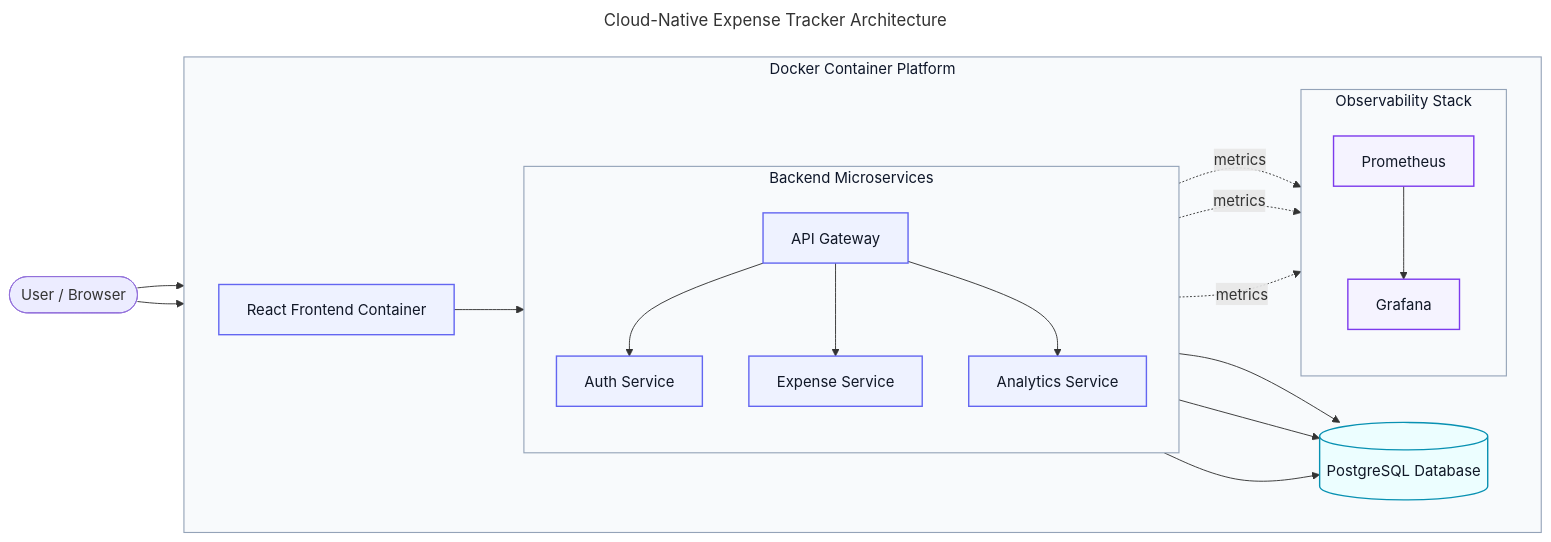
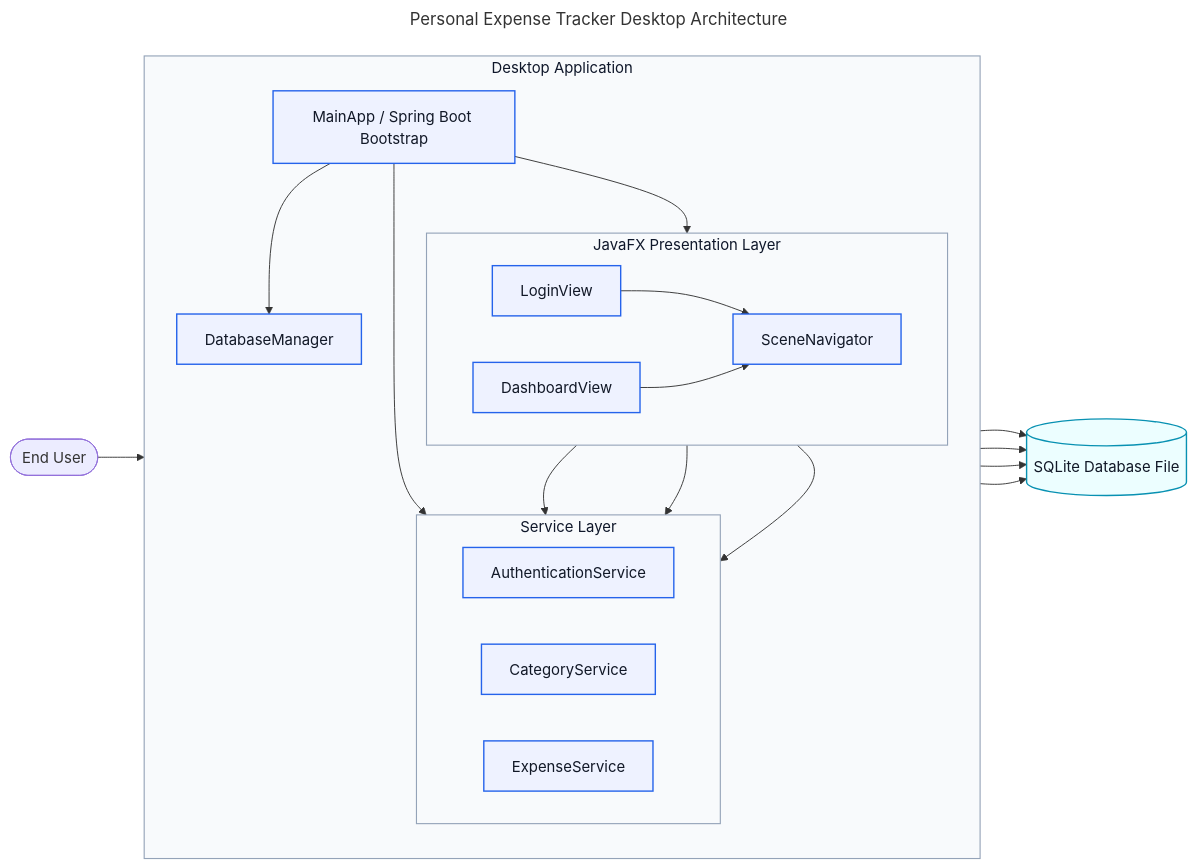
The diagram in CMSC 495 Computer Science Capstone/cmsc495-expense-tracker-feature-unit-tests/docs/Visuals/deployment_architecture.mmd (AtomicHank/UMGC-Comp-Sci), drawn with Mermaid before and after one commit. The commit also changed 65 other files, not shown here.

```diff
--- a/CMSC 495 Computer Science Capstone/cmsc495-expense-tracker-feature-unit-tests/docs/Visuals/deployment_architecture.mmd
+++ b/CMSC 495 Computer Science Capstone/cmsc495-expense-tracker-feature-unit-tests/docs/Visuals/deployment_architecture.mmd
@@ -1,54 +1,50 @@
 ---
-title: Cloud-Native Expense Tracker Architecture
+title: Personal Expense Tracker Desktop Architecture
 ---
 flowchart LR
-    USER([User / Browser])
+    USER([End User])
 
-    subgraph PLATFORM[Docker Container Platform]
-        direction LR
+    subgraph DESKTOP[Desktop Application]
+        direction TB
+        MAIN[MainApp / Spring Boot Bootstrap]
 
-        FE[React Frontend Container]
-
-        subgraph BACKEND[Backend Microservices]
-            direction TB
-            GW[API Gateway]
-            AUTH[Auth Service]
-            EXP[Expense Service]
-            ANA[Analytics Service]
+        subgraph UI[JavaFX Presentation Layer]
+            direction LR
+            LOGIN[LoginView]
+            DASH[DashboardView]
+            NAV[SceneNavigator]
         end
 
-        DB[(PostgreSQL Database)]
+        subgraph SERVICE[Service Layer]
+            direction LR
+            AUTH[AuthenticationService]
+            CAT[CategoryService]
+            EXP[ExpenseService]
+        end
 
-        subgraph OBS[Observability Stack]
-            direction TB
-            GRAF[Grafana]
-            PROM[Prometheus]
-        end
+        DBM[DatabaseManager]
     end
 
-    USER --> FE
-    USER --> GW
+    DB[(SQLite Database File)]
 
-    FE --> GW
-    GW --> AUTH
-    GW --> EXP
-    GW --> ANA
+    USER --> LOGIN
+    LOGIN --> AUTH
+    DASH --> CAT
+    DASH --> EXP
+    LOGIN --> NAV
+    DASH --> NAV
+    MAIN --> UI
+    MAIN --> SERVICE
+    MAIN --> DBM
+    AUTH --> DB
+    CAT --> DB
+    EXP --> DB
+    DBM --> DB
 
-    AUTH --> DB
-    EXP --> DB
-    ANA --> DB
-
-    AUTH -.metrics.-> PROM
-    EXP -.metrics.-> PROM
-    ANA -.metrics.-> PROM
-    PROM --> GRAF
-
-    classDef app fill:#eef2ff,stroke:#6366f1,stroke-width:1.5px,color:#111827;
+    classDef app fill:#eef2ff,stroke:#2563eb,stroke-width:1.5px,color:#111827;
     classDef db fill:#ecfeff,stroke:#0891b2,stroke-width:1.5px,color:#111827;
-    classDef obs fill:#f5f3ff,stroke:#7c3aed,stroke-width:1.5px,color:#111827;
     classDef zone fill:#f8fafc,stroke:#94a3b8,stroke-width:1.2px,color:#0f172a;
 
-    class FE,GW,AUTH,EXP,ANA app;
+    class MAIN,LOGIN,DASH,NAV,AUTH,CAT,EXP,DBM app;
     class DB db;
-    class PROM,GRAF obs;
-    class BACKEND,OBS,PLATFORM zone;
+    class DESKTOP,UI,SERVICE zone;
```
